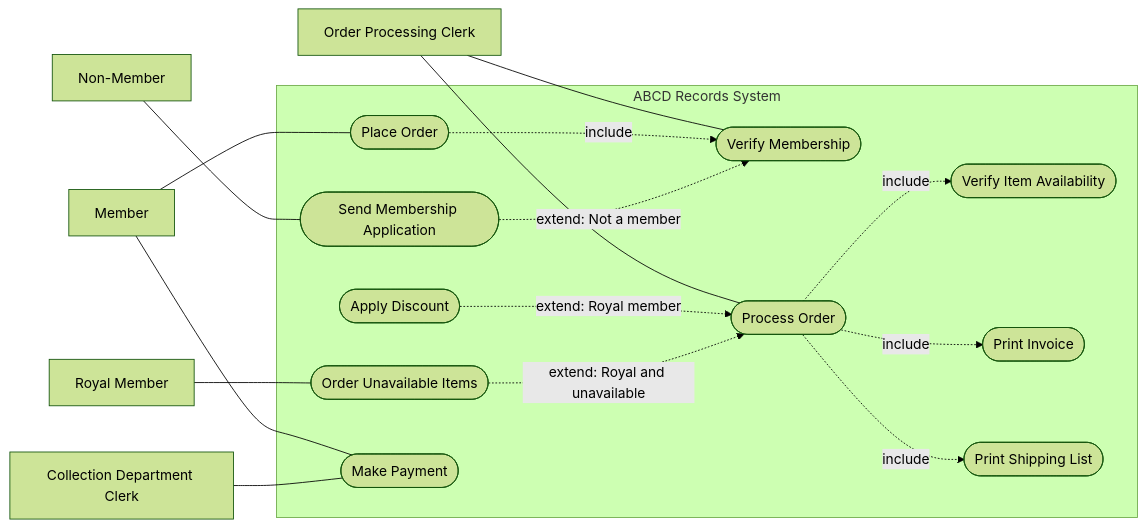
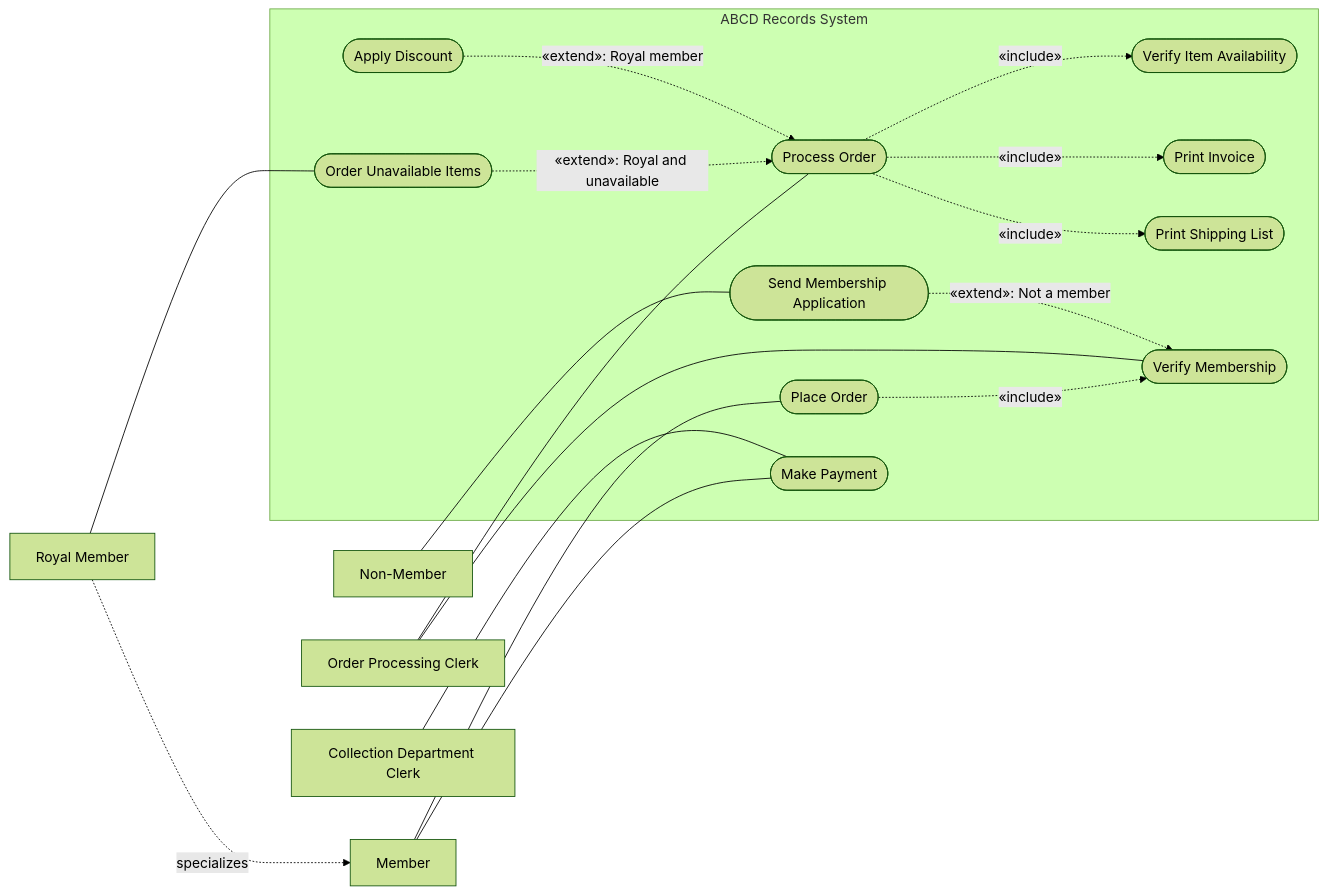
The third of 8 diagrams in abcd_diagrams.md (b00827504-basak/uml-exercise), drawn with Mermaid (forest theme) before and after one commit. The commit also changed other lines of this file, not shown here.

Commit message:
Clarify design documentation and improve exercise example

````diff
--- a/abcd_diagrams.md
+++ b/abcd_diagrams.md
@@ -59,34 +59,35 @@
 ```mermaid
 flowchart LR
     M[Member]
     R[Royal Member]
     N[Non-Member]
     OC[Order Processing Clerk]
     CC[Collection Department Clerk]
     subgraph SYS[ABCD Records System]
         PO([Place Order])
         VM([Verify Membership])
         VI([Verify Item Availability])
         AD([Apply Discount])
         PI([Print Invoice])
         PS([Print Shipping List])
         OU([Order Unavailable Items])
         MA([Send Membership Application])
         MP([Make Payment])
         PR([Process Order])
     end
     M --- PO
     M --- MP
     R --- OU
     N --- MA
+    R -.->|specializes| M
     OC --- PR
     OC --- VM
     CC --- MP
-    PO -.->|include| VM
-    PR -.->|include| VI
-    PR -.->|include| PI
-    PR -.->|include| PS
-    AD -.->|extend: Royal member| PR
-    OU -.->|extend: Royal and unavailable| PR
-    MA -.->|extend: Not a member| VM
+    PO -.->|«include»| VM
+    PR -.->|«include»| VI
+    PR -.->|«include»| PI
+    PR -.->|«include»| PS
+    AD -.->|«extend»: Royal member| PR
+    OU -.->|«extend»: Royal and unavailable| PR
+    MA -.->|«extend»: Not a member| VM
 ```
````
